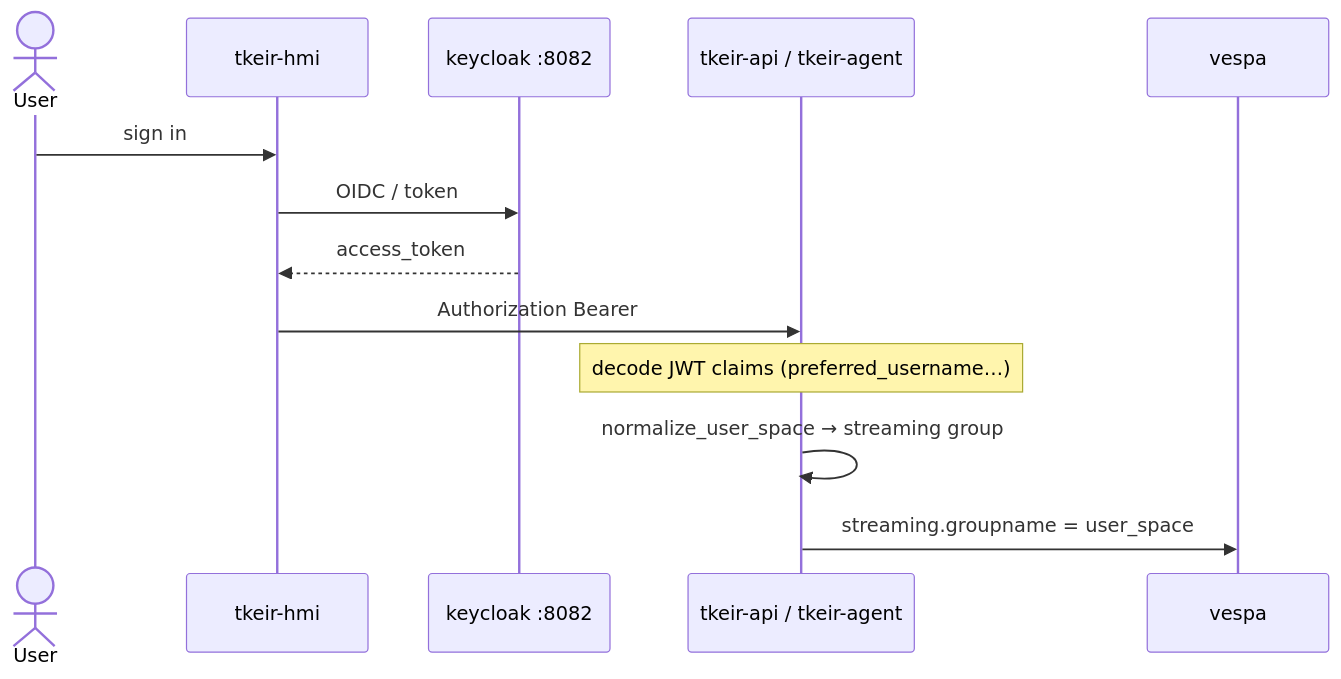
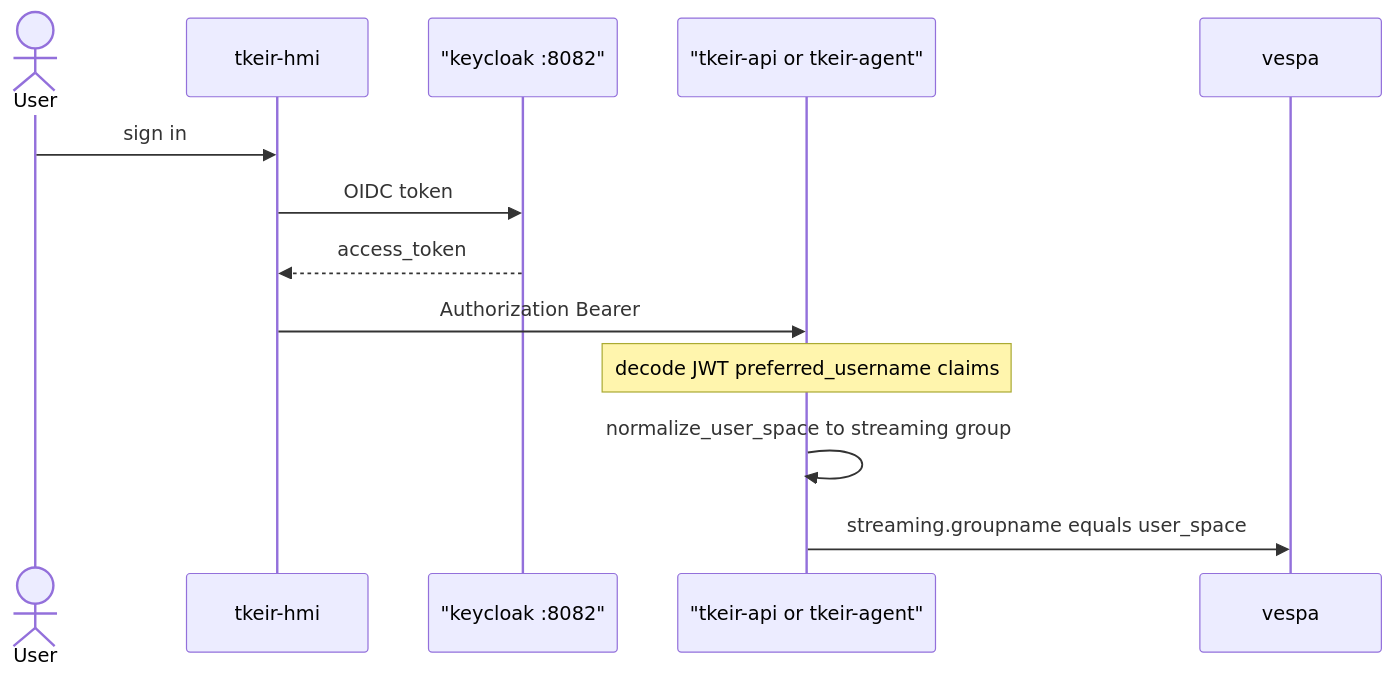
The third of 6 diagrams in docs/architecture/sequences.md (ThalesGroup/t-keir), drawn with Mermaid before and after one commit. The commit also changed other lines of this file and 67 other files, not shown here.

````diff
--- a/docs/architecture/sequences.md
+++ b/docs/architecture/sequences.md
@@ -74,16 +74,16 @@
 ```mermaid
 sequenceDiagram
   actor User
   participant HMI as tkeir-hmi
-  participant KC as keycloak :8082
-  participant API as tkeir-api / tkeir-agent
+  participant KC as "keycloak :8082"
+  participant API as "tkeir-api or tkeir-agent"
   participant Vespa as vespa
 
   User->>HMI: sign in
-  HMI->>KC: OIDC / token
+  HMI->>KC: OIDC token
   KC-->>HMI: access_token
   HMI->>API: Authorization Bearer
-  Note over API: decode JWT claims (preferred_username…)
-  API->>API: normalize_user_space → streaming group
-  API->>Vespa: streaming.groupname = user_space
+  Note over API: decode JWT preferred_username claims
+  API->>API: normalize_user_space to streaming group
+  API->>Vespa: streaming.groupname equals user_space
 ```
````
